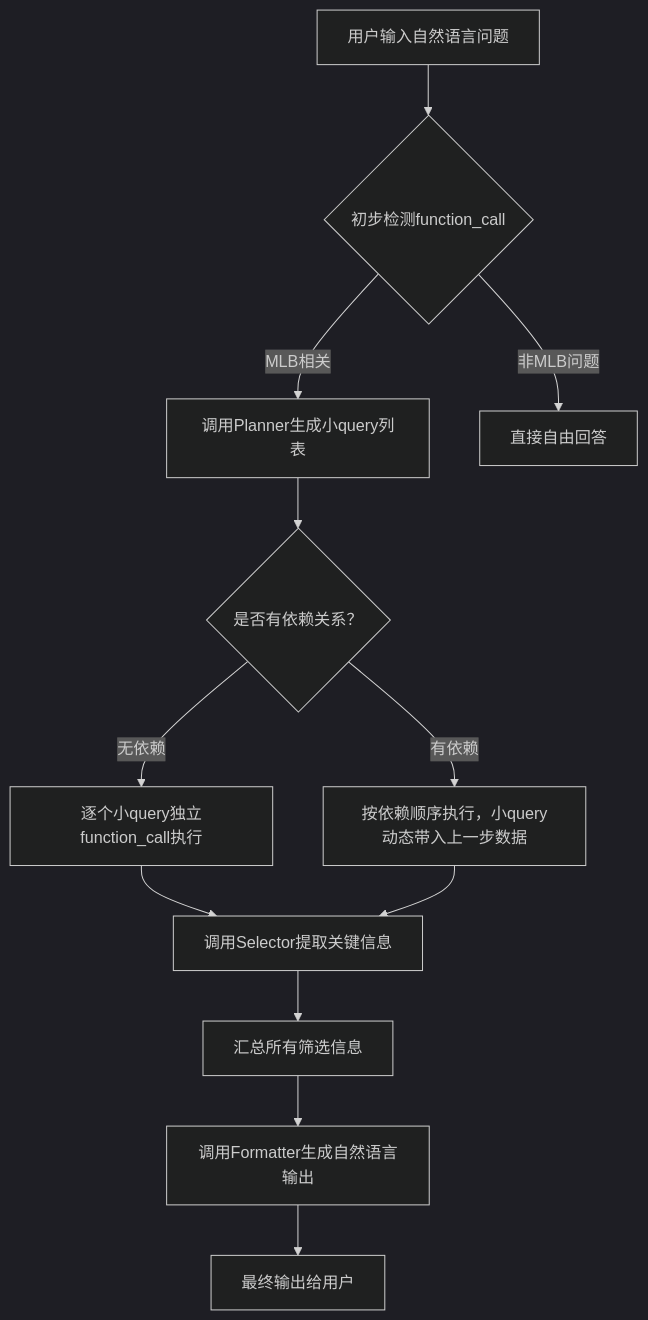
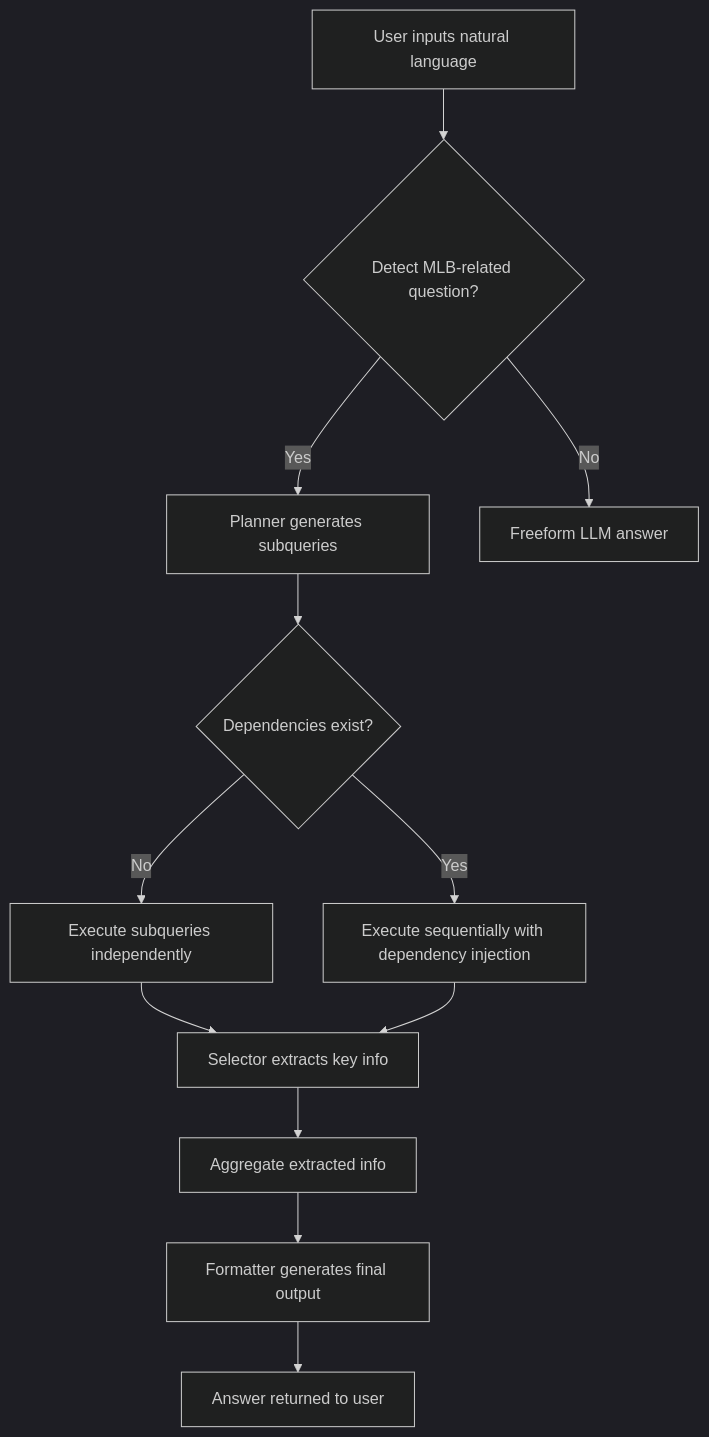
One commit to Iskar-Deng/mlb-function-call changed the diagram in README.md. Above: the diagram before and after it, drawn with Mermaid (dark theme). The commit also changed other lines of this file and 24 other files, not shown here.

````diff
--- a/README.md
+++ b/README.md
@@ -61,17 +39,17 @@
 ```mermaid
 flowchart TD
-    A[用户输入自然语言问题] --> B{初步检测function_call}
-    B -->|MLB相关| C[调用Planner生成小query列表]
-    B -->|非MLB问题| Z[直接自由回答]
+    A[User inputs natural language] --> B{Detect MLB-related question?}
+    B -->|Yes| C[Planner generates subqueries]
+    B -->|No| Z[Freeform LLM answer]
 
-    C --> D{是否有依赖关系？}
-    D -->|无依赖| E[逐个小query独立function_call执行]
-    D -->|有依赖| F[按依赖顺序执行，小query动态带入上一步数据]
+    C --> D{Dependencies exist?}
+    D -->|No| E[Execute subqueries independently]
+    D -->|Yes| F[Execute sequentially with dependency injection]
 
-    E --> G[调用Selector提取关键信息]
+    E --> G[Selector extracts key info]
     F --> G
 
-    G --> H[汇总所有筛选信息]
-    H --> I[调用Formatter生成自然语言输出]
-    I --> J[最终输出给用户]
+    G --> H[Aggregate extracted info]
+    H --> I[Formatter generates final output]
+    I --> J[Answer returned to user]
 ```
````
